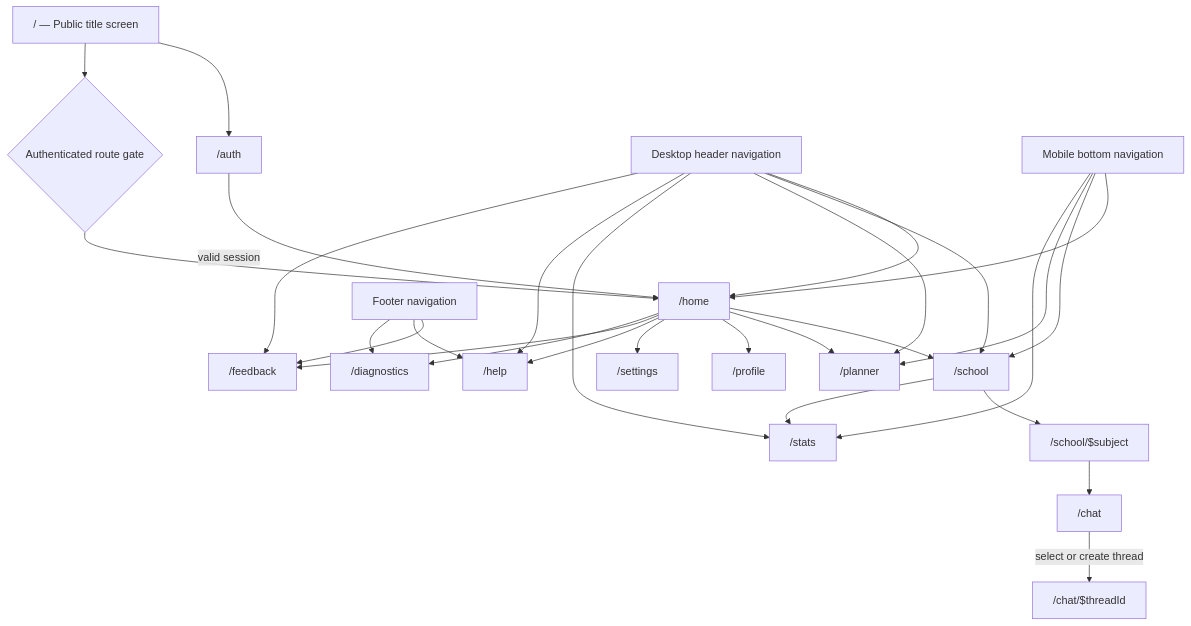
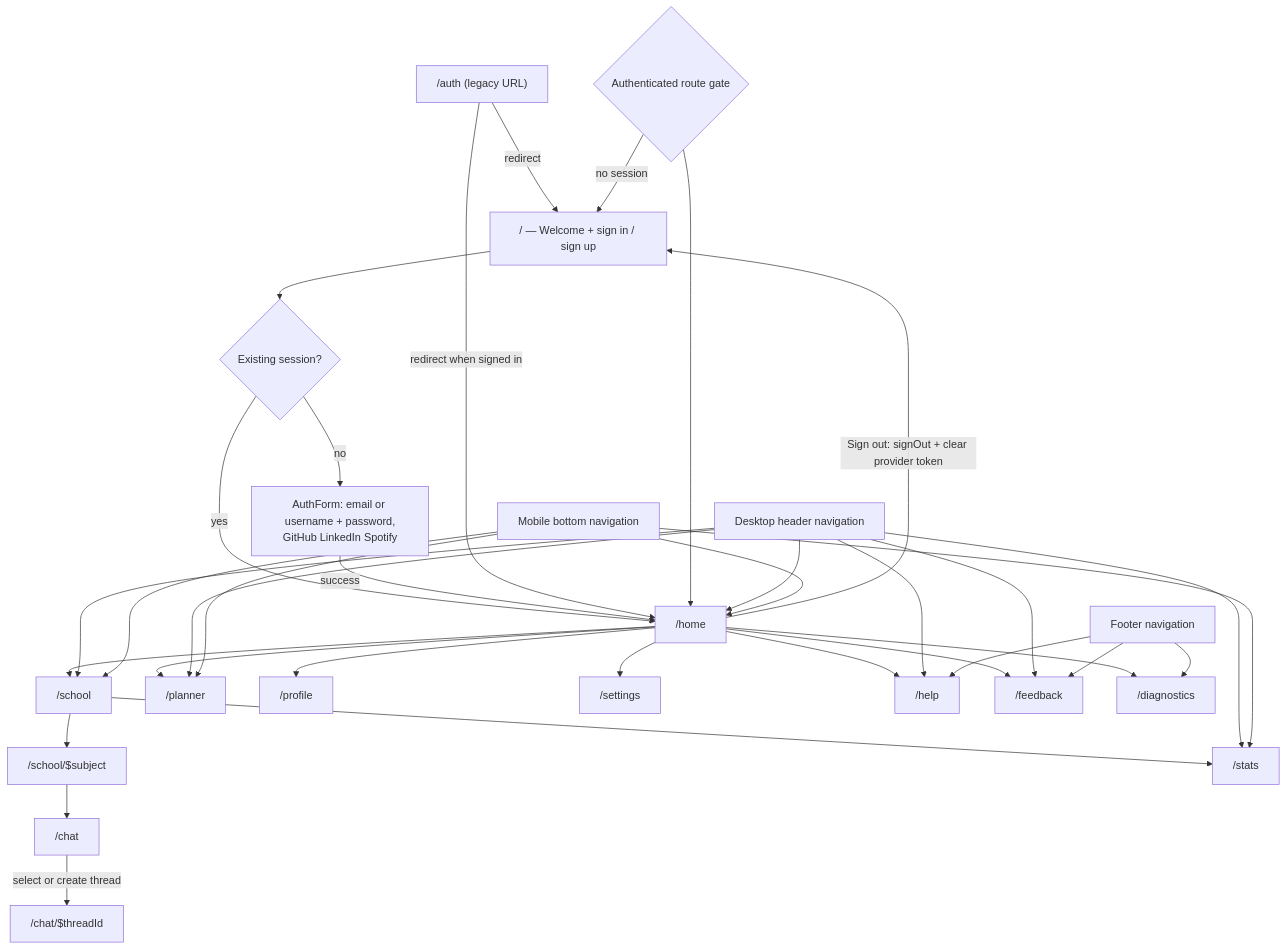
The diagram in docs/wireframes/02-routes-navigation.mmd (keyshavmor/study-swiss-star), drawn with Mermaid before and after one commit. The commit also changed 3 other files, not shown here.

```diff
--- a/docs/wireframes/02-routes-navigation.mmd
+++ b/docs/wireframes/02-routes-navigation.mmd
@@ -1,29 +1,34 @@
 flowchart TD
-  Root["/ — Public title screen"] --> Auth["/auth"]
-  Root --> Protected{Authenticated route gate}
-  Auth -->|valid session| Home["/home"]
+  Root["/ — Welcome + sign in / sign up"] --> SignedIn{Existing session?}
+  SignedIn -->|yes| Home["/home"]
+  SignedIn -->|no| AuthForm[AuthForm: email or username + password,\nGitHub LinkedIn Spotify]
+  AuthForm -->|success| Home
+  Auth["/auth (legacy URL)"] -->|redirect| Root
+  Auth -->|redirect when signed in| Home
+  Protected{Authenticated route gate} -->|no session| Root
   Protected --> Home
+  Home -->|Sign out: signOut + clear provider token| Root
   Home --> School["/school"]
   Home --> Planner["/planner"]
   School --> Subject["/school/$subject"]
   School --> Stats["/stats"]
   Subject --> ChatEntry["/chat"]
   ChatEntry -->|select or create thread| Thread["/chat/$threadId"]
   Home --> Profile["/profile"]
   Home --> Settings["/settings"]
   Home --> Help["/help"]
   Home --> Feedback["/feedback"]
   Home --> Diagnostics["/diagnostics"]
   Header[Desktop header navigation] --> Home
   Header --> School
   Header --> Planner
   Header --> Stats
   Header --> Help
   Header --> Feedback
   Mobile[Mobile bottom navigation] --> Home
   Mobile --> School
   Mobile --> Planner
   Mobile --> Stats
   Footer[Footer navigation] --> Feedback
   Footer --> Help
   Footer --> Diagnostics
```
